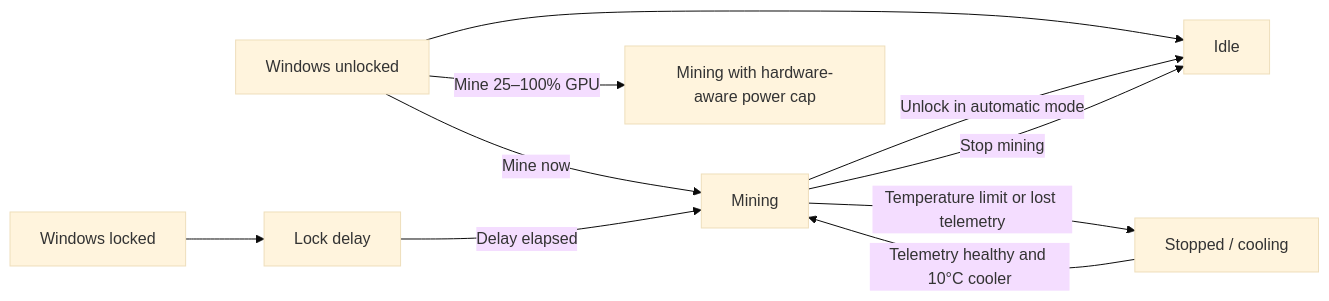
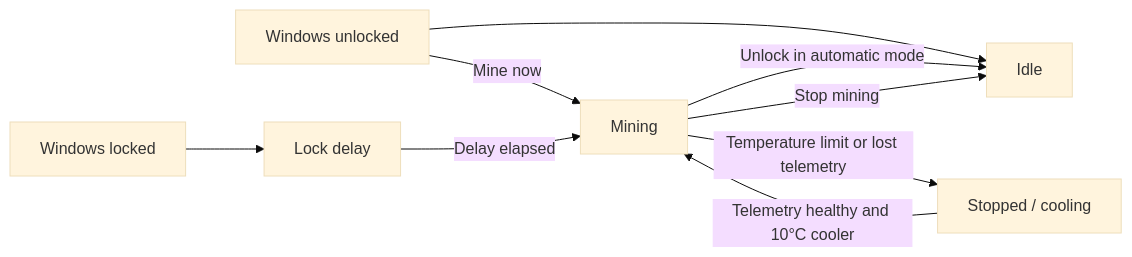
One commit to joelfourhman/PearlPilot changed the diagram in README.md. Above: the diagram before and after it, drawn with Mermaid (base theme). The commit also changed other lines of this file and 3 other files, not shown here.

````diff
--- a/README.md
+++ b/README.md
@@ -36,12 +35,11 @@
 ```mermaid
 flowchart LR
     U[Windows unlocked] --> I[Idle]
     U -->|Mine now| M[Mining]
-    U -->|Mine 25–100% GPU| G[Mining with hardware-aware power cap]
     L[Windows locked] --> D[Lock delay]
     D -->|Delay elapsed| M
     M -->|Unlock in automatic mode| I
     M -->|Stop mining| I
     M -->|Temperature limit or lost telemetry| C[Stopped / cooling]
     C -->|Telemetry healthy and 10°C cooler| M
 ```
````
